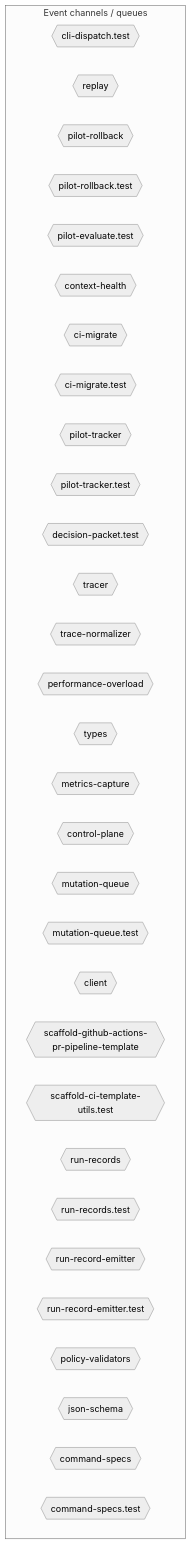
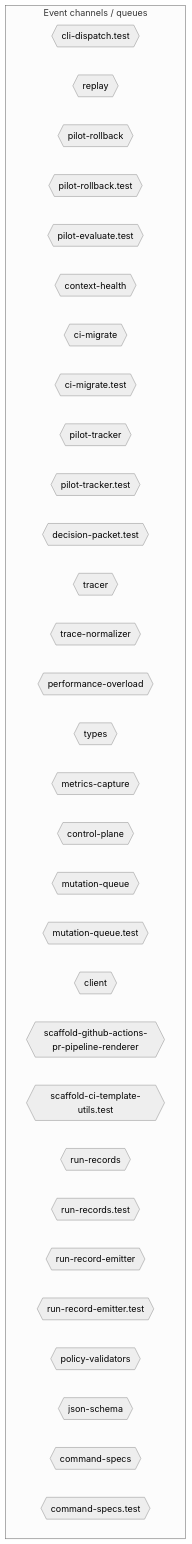
The sixth of 10 diagrams in AI/context/diagram-context.md (jscraik/coding-harness), drawn with Mermaid (neutral theme) before and after one commit. The commit also changed other lines of this file, not shown here.

First line of the commit message:
chore(diagrams): refresh architecture context artifact

````diff
--- a/AI/context/diagram-context.md
+++ b/AI/context/diagram-context.md
@@ -2065,37 +2068,37 @@
 ```mermaid
 flowchart TD
   subgraph Channels["Event channels / queues"]
     cli_dispatch_test_54c9f17b{{"cli-dispatch.test"}}
     replay_ac203c98{{"replay"}}
     pilot_rollback_00c1f82c{{"pilot-rollback"}}
     pilot_rollback_test_e61d5a2b{{"pilot-rollback.test"}}
     pilot_evaluate_test_a2ac06fc{{"pilot-evaluate.test"}}
     context_health_80bb7da9{{"context-health"}}
     ci_migrate_78bb70b1{{"ci-migrate"}}
     ci_migrate_test_2a015bb9{{"ci-migrate.test"}}
     pilot_tracker_5c767813{{"pilot-tracker"}}
     pilot_tracker_test_80398a66{{"pilot-tracker.test"}}
     decision_packet_test_9ea0e97b{{"decision-packet.test"}}
     tracer_1e6243a2{{"tracer"}}
     trace_normalizer_cb1be1d2{{"trace-normalizer"}}
     performance_overload_c685bfcf{{"performance-overload"}}
-    types_8_f6283648{{"types"}}
+    types_9_1db4641f{{"types"}}
     metrics_capture_1d1a2c08{{"metrics-capture"}}
     control_plane_96826665{{"control-plane"}}
     mutation_queue_ce5a530e{{"mutation-queue"}}
     mutation_queue_test_10b599e8{{"mutation-queue.test"}}
     client_1_914e1681{{"client"}}
-    scaffold_github_actions_pr_pipeline_template_e2b85f62{{"scaffold-github-actions-pr-pipeline-template"}}
+    scaffold_github_actions_pr_pipeline_renderer_1ee18de5{{"scaffold-github-actions-pr-pipeline-renderer"}}
     scaffold_ci_template_utils_test_b94825d9{{"scaffold-ci-template-utils.test"}}
     run_records_f616aa7c{{"run-records"}}
     run_records_test_3ee6a0e3{{"run-records.test"}}
     run_record_emitter_00168a3a{{"run-record-emitter"}}
     run_record_emitter_test_5475c0da{{"run-record-emitter.test"}}
     policy_validators_6682e192{{"policy-validators"}}
     json_schema_74a768d7{{"json-schema"}}
     command_specs_69167c63{{"command-specs"}}
     command_specs_test_7f693e85{{"command-specs.test"}}
   end
   classDef eventNode fill:#db2777,color:#fff
 
 ```
````
